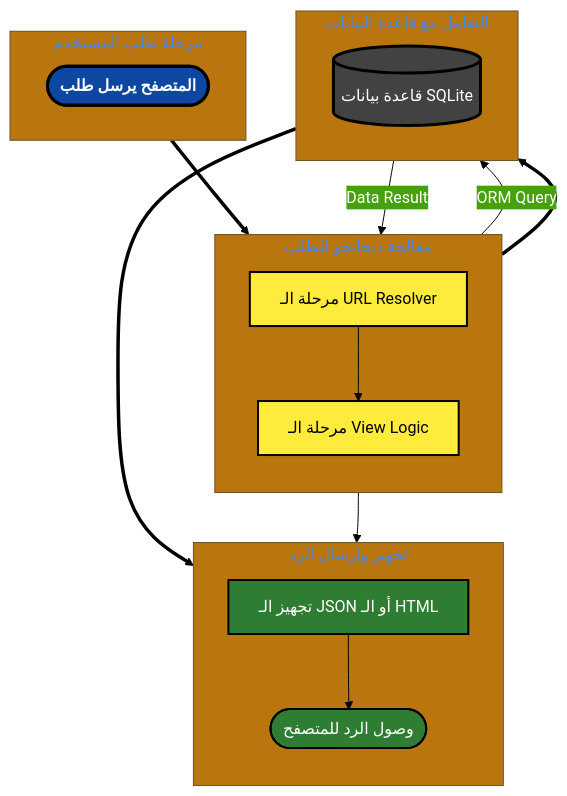
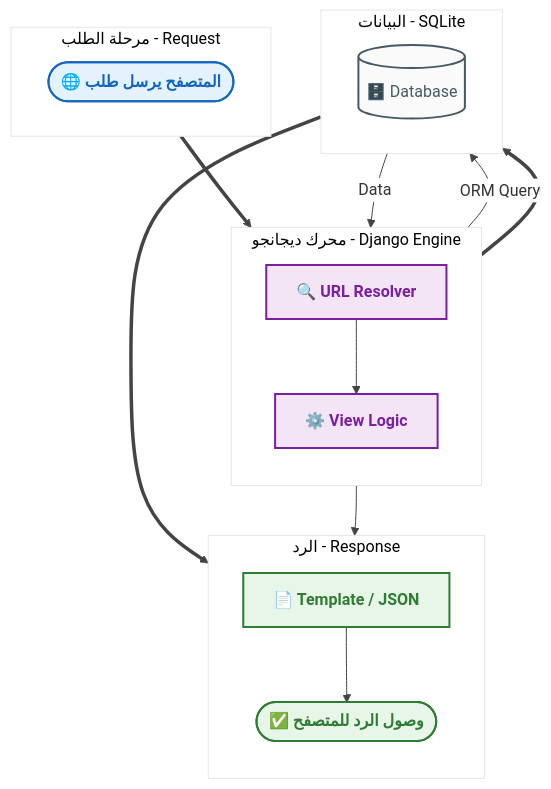
The second of 13 diagrams in django/ITI_Django_Journey.md (muhammad-khaled-tech/My-Study-Notes), drawn with Mermaid before and after one commit. The commit also changed 2 other files, not shown here.

Commit message:
vault backup: 2026-03-28 13:24:31

````diff
--- a/django/ITI_Django_Journey.md
+++ b/django/ITI_Django_Journey.md
@@ -39,45 +39,53 @@
 ```mermaid
-%%{init: {'theme': 'base', 'themeVariables': { 'primaryColor': '#0d47a1', 'primaryTextColor': '#fff', 'lineColor': '#000'}}}%%
+%%{init: {'theme': 'base', 'themeVariables': { 'primaryColor': '#ffffff', 'mainBkg': '#ffffff', 'lineColor': '#444'}}}%%
 graph TD
-    %% تعريف ستايلات قوية (High Contrast)
-    classDef userBox fill:#0d47a1,stroke:#000,stroke-width:3px,color:#fff,font-weight:bold;
-    classDef djangoBox fill:#ffeb3b,stroke:#000,stroke-width:2px,color:#000;
-    classDef dbBox fill:#424242,stroke:#000,stroke-width:3px,color:#fff;
-    classDef outBox fill:#2e7d32,stroke:#000,stroke-width:2px,color:#fff;
+    %% تعريف ستايلات مريحة للعين (Clean & Modern)
+    
+    %% ستايل المستخدم (أزرق هادي)
+    classDef userBox fill:#e3f2fd,stroke:#1565c0,stroke-width:2px,color:#1565c0,font-weight:bold;
+    
+    %% ستايل ديجانجو (بنفسجي فاتح)
+    classDef djangoBox fill:#f3e5f5,stroke:#7b1fa2,stroke-width:2px,color:#7b1fa2,font-weight:bold;
+    
+    %% ستايل قاعدة البيانات (رمادي احترافي)
+    classDef dbBox fill:#fafafa,stroke:#455a64,stroke-width:2px,color:#455a64;
+    
+    %% ستايل الرد النهائي (أخضر مينت)
+    classDef outBox fill:#e8f5e9,stroke:#2e7d32,stroke-width:2px,color:#2e7d32,font-weight:bold;
 
-    %% --- المرحله الاولى ---
-    subgraph S1 ["مرحلة طلب المستخدم"]
+    %% --- طلب المستخدم ---
+    subgraph S1 [" مرحلة الطلب - Request "]
         direction LR
-        Request(["المتصفح يرسل طلب"]):::userBox
+        Request(["🌐 المتصفح يرسل طلب"]):::userBox
     end
 
     S1 ==> S2
 
-    %% --- المرحله الثانيه ---
-    subgraph S2 ["معالجة ديجانجو للطلب"]
+    %% --- معالجة ديجانجو ---
+    subgraph S2 [" محرك ديجانجو - Django Engine "]
         direction TB
-        URL["مرحلة الـ URL Resolver"]:::djangoBox
-        View["مرحلة الـ View Logic"]:::djangoBox
+        URL["🔍 URL Resolver"]:::djangoBox
+        View["⚙️ View Logic"]:::djangoBox
         URL --> View
     end
 
     S2 ==> S3
 
-    %% --- المرحله الثالثه ---
-    subgraph S3 ["التعامل مع قاعدة البيانات"]
+    %% --- قاعدة البيانات ---
+    subgraph S3 [" البيانات - SQLite "]
         direction LR
-        DB[("قاعدة بيانات SQLite")]:::dbBox
+        DB[("🗄️ Database")]:::dbBox
         View -- "ORM Query" --> DB
-        DB -- "Data Result" --> View
+        DB -- "Data" --> View
     end
 
     S3 ==> S4
 
-    %% --- المرحله الرابعه ---
-    subgraph S4 ["تجهيز وإرسال الرد"]
+    %% --- الرد النهائي ---
+    subgraph S4 [" الرد - Response "]
         direction TB
-        Response["تجهيز الـ JSON أو الـ HTML"]:::outBox
-        Final([وصول الرد للمتصفح]):::outBox
+        Response["📄 Template / JSON"]:::outBox
+        Final([✅ وصول الرد للمتصفح]):::outBox
         View --> Response --> Final
     end
 ```
````
